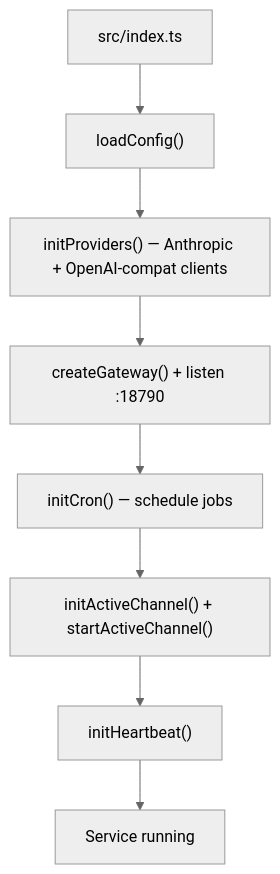
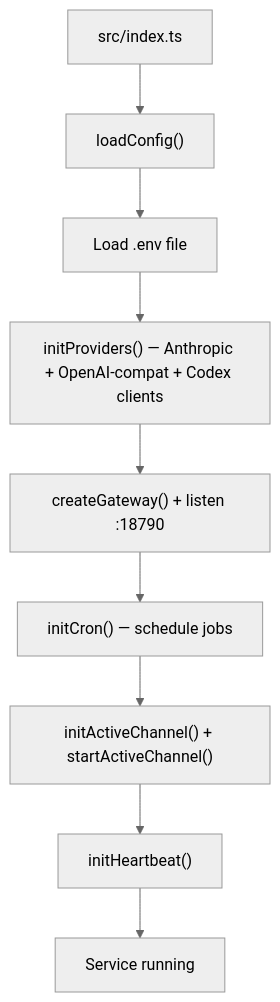
The third of 6 diagrams in docs/architecture.md (kat3samsin/skimpyclaw), drawn with Mermaid (neutral theme) before and after one commit. The commit also changed other lines of this file and 2 other files, not shown here.

````diff
--- a/docs/architecture.md
+++ b/docs/architecture.md
@@ -77,10 +84,11 @@
 ```mermaid
 flowchart TD
   start["src/index.ts"] --> cfg["loadConfig()"]
-  cfg --> providers["initProviders() — Anthropic + OpenAI-compat clients"]
+  cfg --> env["Load .env file"]
+  env --> providers["initProviders() — Anthropic + OpenAI-compat + Codex clients"]
   providers --> gateway["createGateway() + listen :18790"]
   gateway --> cron["initCron() — schedule jobs"]
   cron --> channel["initActiveChannel() + startActiveChannel()"]
   channel --> hb["initHeartbeat()"]
   hb --> run["Service running"]
 ```
````
